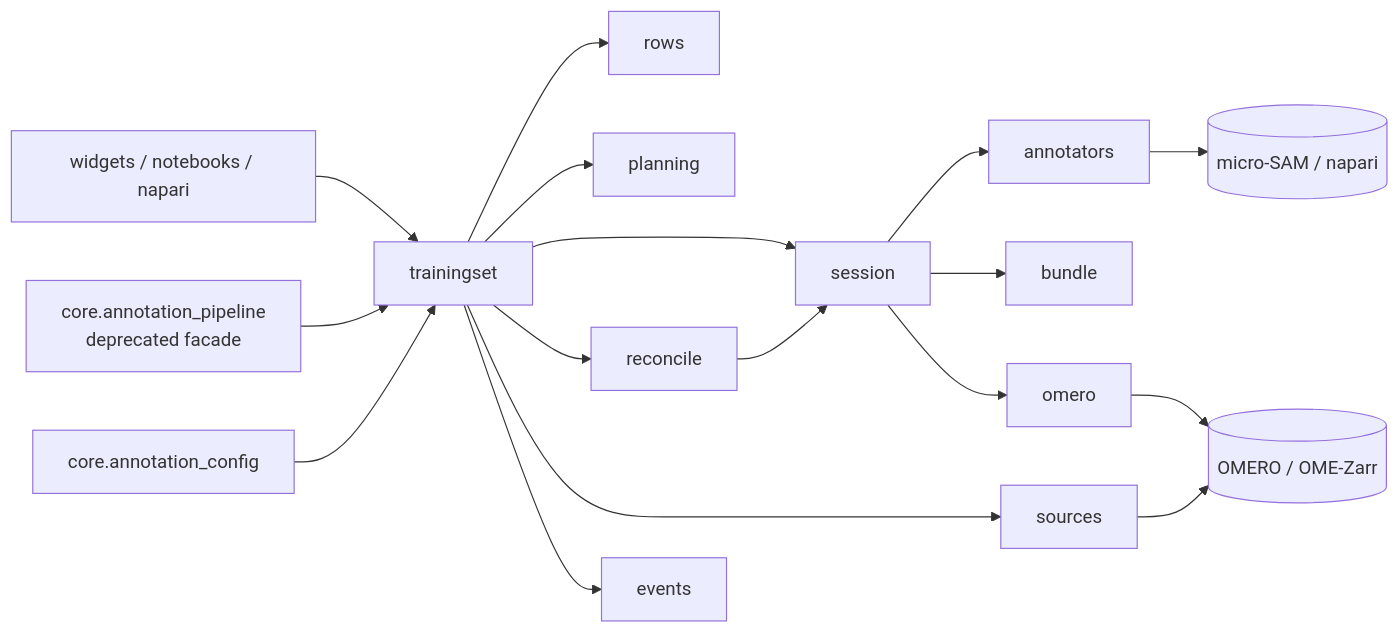
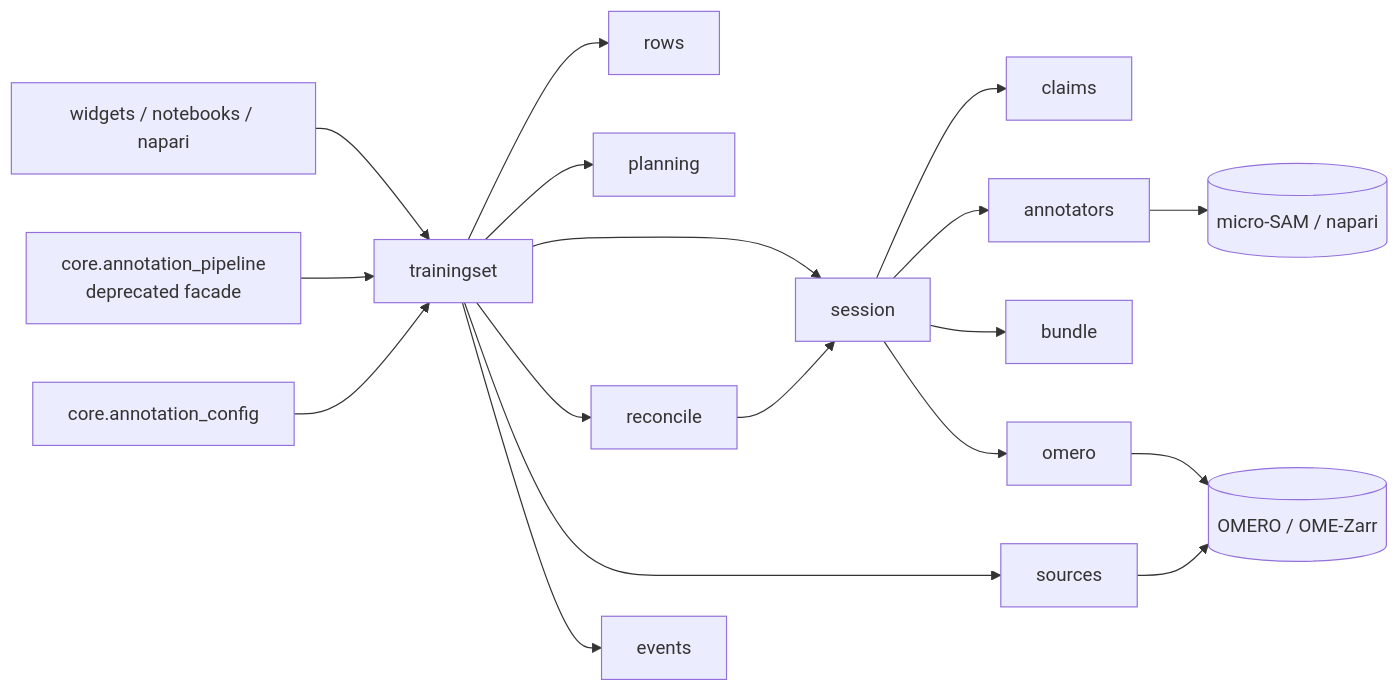
The diagram in docs/architecture.md (Leiden-Cell-Observatory/omero_annotate_ai), drawn with Mermaid before and after one commit. The commit also changed other lines of this file and 20 other files, not shown here.

````diff
--- a/docs/architecture.md
+++ b/docs/architecture.md
@@ -5,19 +5,20 @@
 ```mermaid
 flowchart LR
     W[widgets / notebooks / napari] --> P[trainingset]
     F[core.annotation_pipeline<br/>deprecated facade] --> P
     C[core.annotation_config] --> P
     P --> RW[rows]
     P --> PL[planning]
     P --> SE[session]
     P --> R[reconcile]
+    SE --> CL[claims]
     SE --> A[annotators]
     SE --> B[bundle]
     R --> SE
     P --> S[sources]
     SE --> O[omero]
     P --> E[events]
     A --> N[(micro-SAM / napari)]
     S --> OM[(OMERO / OME-Zarr)]
     O --> OM
 ```
````
